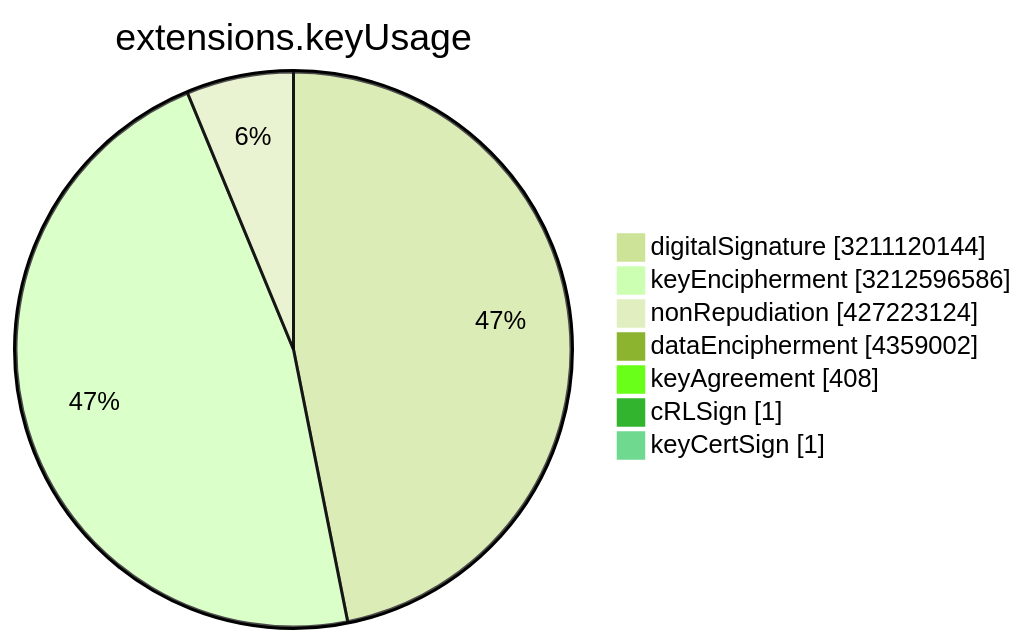
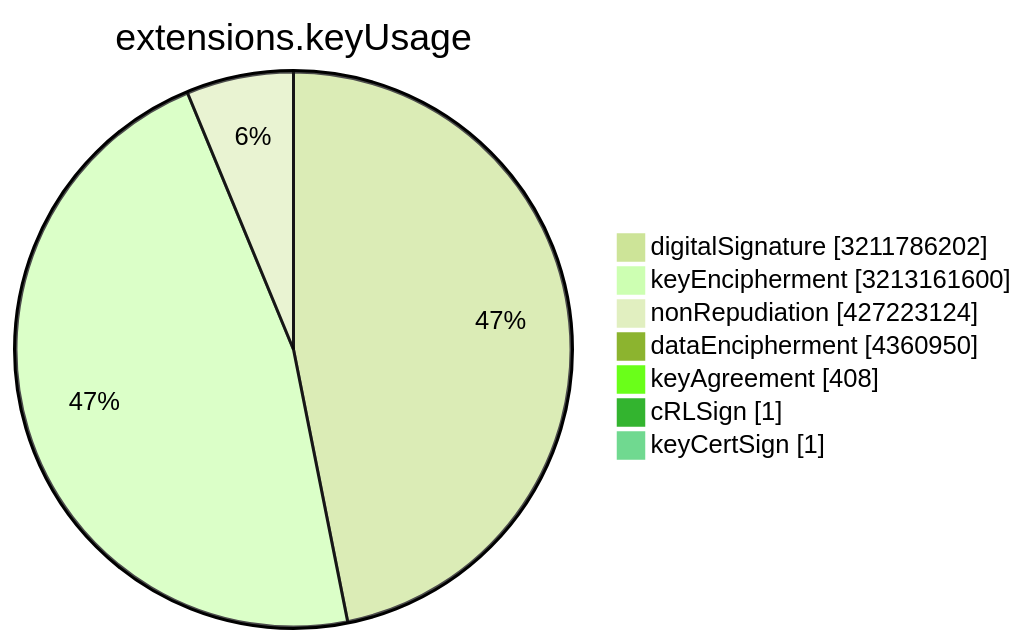
One commit to christiankrug/ctmonitor_visualization changed the sixth of 15 diagrams in TOTAL/README.md. Above: the diagram before and after it, drawn with Mermaid (forest theme). The commit also changed other lines of this file, not shown here.

````diff
--- a/TOTAL/README.md
+++ b/TOTAL/README.md
@@ -3077,11 +3077,11 @@
 ```mermaid
 pie showData
 title extensions.keyUsage
-"digitalSignature" :3211120144
-"keyEncipherment" :3212596586
+"digitalSignature" :3211786202
+"keyEncipherment" :3213161600
 "nonRepudiation" :427223124
-"dataEncipherment" :4359002
+"dataEncipherment" :4360950
 "keyAgreement" :408
 "cRLSign" :1
 "keyCertSign" :1
 ```
````
